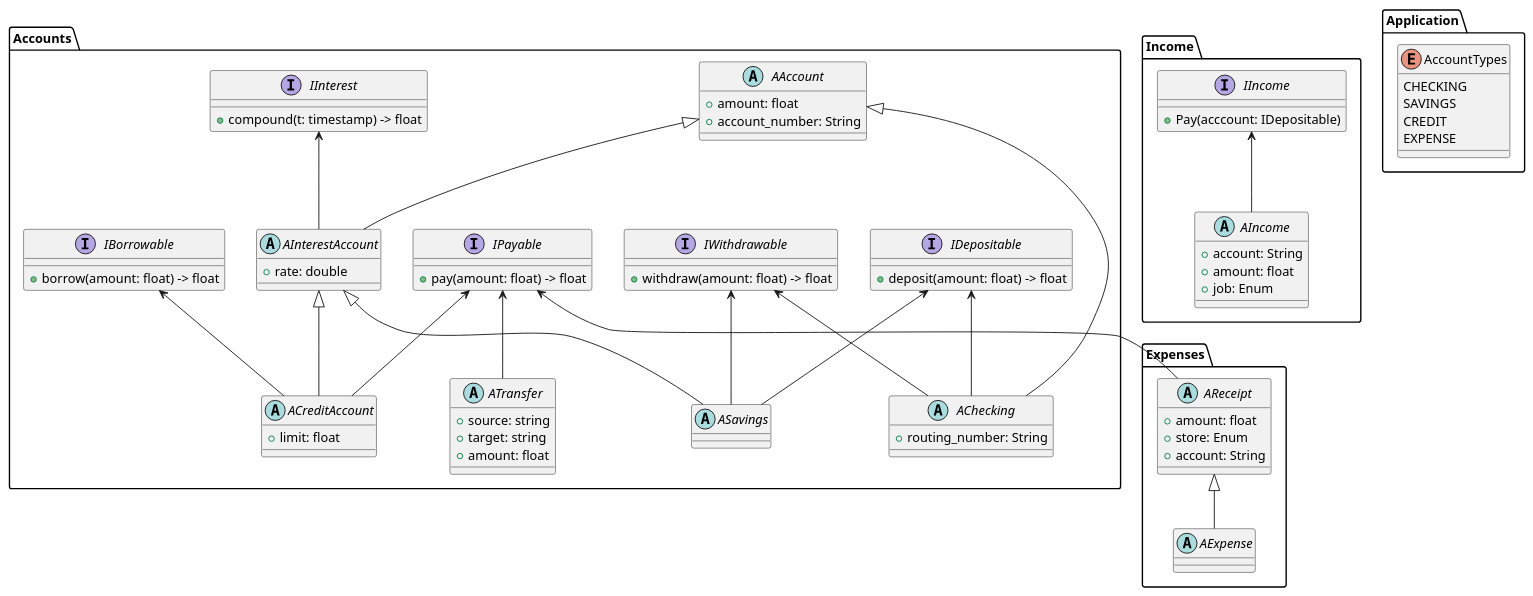
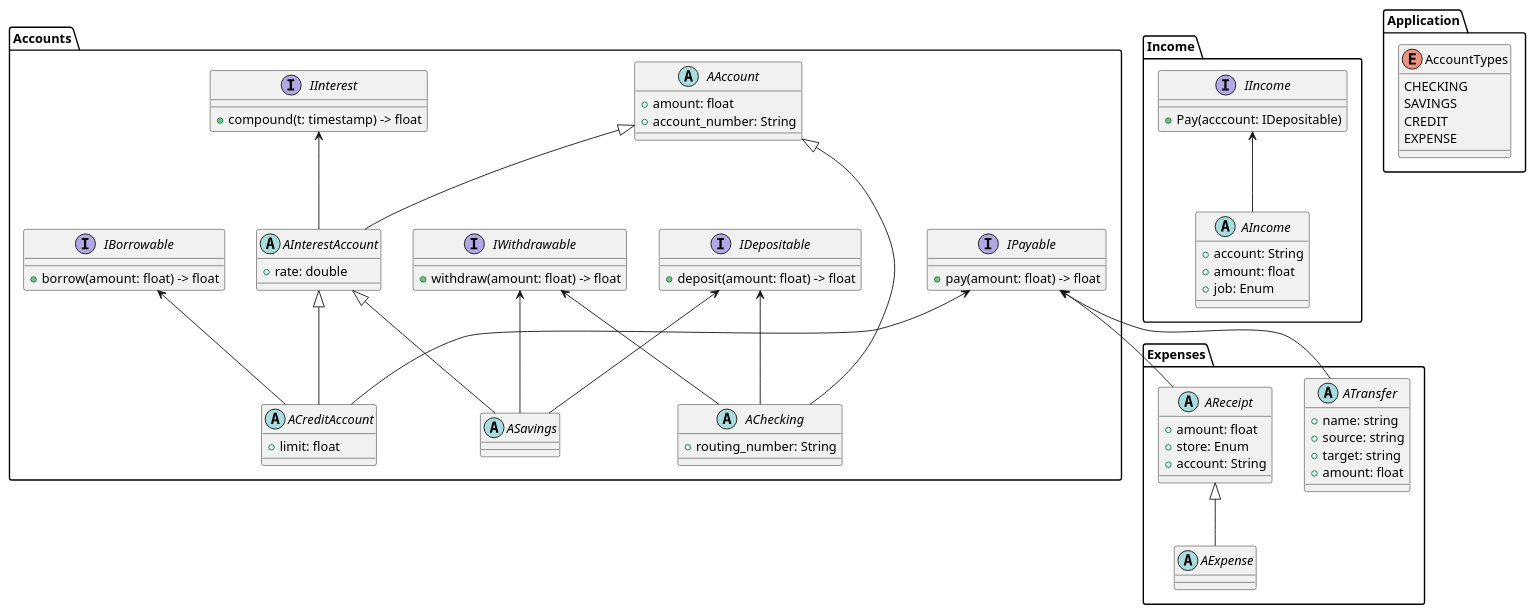
The diagram in object_model.puml (aaron-jencks/budget_LabVIEW), drawn with PlantUML before and after one commit. The commit also changed 2 other files, not shown here.

```diff
--- a/object_model.puml
+++ b/object_model.puml
@@ -1,103 +1,104 @@
 @startuml
 package Accounts {
     interface IDepositable {
     + deposit(amount: float) -> float
     }
 
     interface IWithdrawable {
     + withdraw(amount: float) -> float
     }
 
     interface IPayable {
     + pay(amount: float) -> float
     }
 
     interface IBorrowable {
     + borrow(amount: float) -> float
     }
 
     abstract class AAccount {
     + amount: float
     + account_number: String
     }
 
     interface IInterest {
     + compound(t: timestamp) -> float
     }
 
     abstract class AInterestAccount {
     + rate: double
     }
 
     IInterest <-- AInterestAccount
     AAccount <|-- AInterestAccount
 
     abstract class ACreditAccount {
     + limit: float
     }
 
     IBorrowable <-- ACreditAccount
     IPayable <-- ACreditAccount
     AInterestAccount <|-- ACreditAccount
 
     abstract class ASavings {
     }
 
     IDepositable <-- ASavings
     IWithdrawable <-- ASavings
     AInterestAccount <|-- ASavings
 
     abstract class AChecking {
     + routing_number: String
     }
 
     IDepositable <-- AChecking
     IWithdrawable <-- AChecking
     AAccount <|-- AChecking
-
-    abstract class ATransfer {
-    + source: string
-    + target: string
-    + amount: float
-    }
-
-    IPayable <-- ATransfer
 }
 
 package Expenses {
     abstract class AReceipt {
     + amount: float
     + store: Enum
     + account: String
     }
     IPayable <-- AReceipt
 
     abstract class AExpense {
     }
 
     AReceipt <|-- AExpense
+
+    abstract class ATransfer {
+    + name: string
+    + source: string
+    + target: string
+    + amount: float
+    }
+
+    IPayable <-- ATransfer
 }
 
 package Income {
     interface IIncome {
     + Pay(acccount: IDepositable)
     }
 
     abstract class AIncome {
     + account: String
     + amount: float
     + job: Enum
     }
 
     IIncome <-- AIncome
 }
 
 package Application {
     enum AccountTypes {
         CHECKING
         SAVINGS
         CREDIT
         EXPENSE
     }
 }
 @enduml
```
